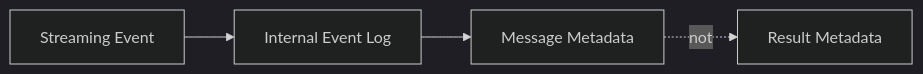
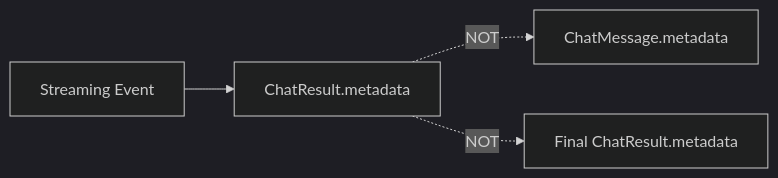
The diagram in wiki/Server-Side-Tools-Tech-Design.md (csells/dartantic_ai), drawn with Mermaid (dark theme) before and after one commit. The commit also changed other lines of this file and 2 other files, not shown here.

````diff
--- a/wiki/Server-Side-Tools-Tech-Design.md
+++ b/wiki/Server-Side-Tools-Tech-Design.md
@@ -137,6 +137,6 @@
 ```mermaid
 flowchart LR
-    A[Streaming Event] --> B[Internal Event Log]
-    B --> C[Message Metadata]
-    C -.not.-> D[Result Metadata]
+    A[Streaming Event] --> B[ChatResult.metadata]
+    B -.NOT.-> C[ChatMessage.metadata]
+    B -.NOT.-> D[Final ChatResult.metadata]
 ```
````
